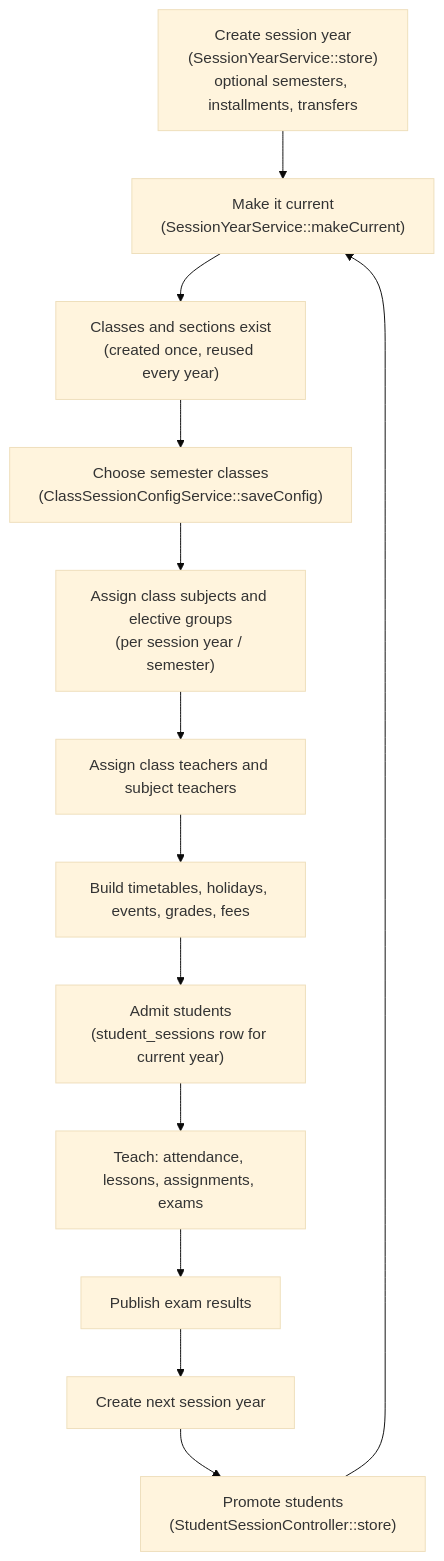
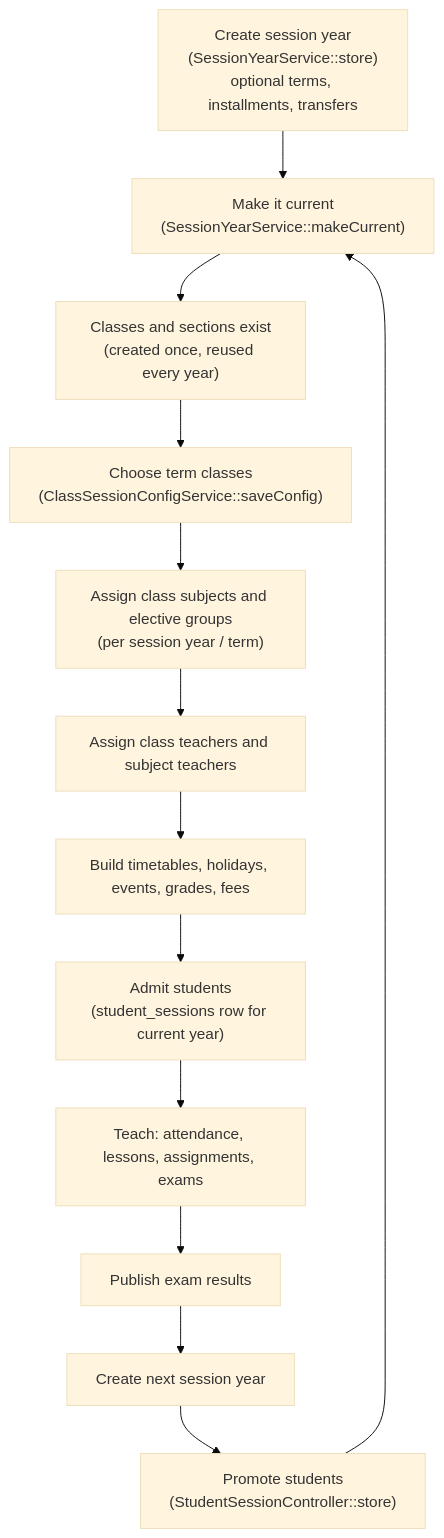
The diagram in wiki/Academic-Structure.md (ShawnDaPrawn/Eschool), drawn with Mermaid (base theme) before and after one commit. The commit also changed other lines of this file and 387 other files, not shown here.

First line of the commit message:
Replace semesters with grade-aware school terms and templates

````diff
--- a/wiki/Academic-Structure.md
+++ b/wiki/Academic-Structure.md
@@ -249,15 +249,15 @@
 ```mermaid
 flowchart TD
-    A["Create session year<br/>(SessionYearService::store)<br/>optional semesters, installments, transfers"] --> B["Make it current<br/>(SessionYearService::makeCurrent)"]
+    A["Create session year<br/>(SessionYearService::store)<br/>optional terms, installments, transfers"] --> B["Make it current<br/>(SessionYearService::makeCurrent)"]
     B --> C["Classes and sections exist<br/>(created once, reused every year)"]
-    C --> D["Choose semester classes<br/>(ClassSessionConfigService::saveConfig)"]
-    D --> E["Assign class subjects and elective groups<br/>(per session year / semester)"]
+    C --> D["Choose term classes<br/>(ClassSessionConfigService::saveConfig)"]
+    D --> E["Assign class subjects and elective groups<br/>(per session year / term)"]
     E --> F["Assign class teachers and subject teachers"]
     F --> G["Build timetables, holidays, events, grades, fees"]
     G --> H["Admit students<br/>(student_sessions row for current year)"]
     H --> I["Teach: attendance, lessons, assignments, exams"]
     I --> J["Publish exam results"]
     J --> K["Create next session year"]
     K --> L["Promote students<br/>(StudentSessionController::store)"]
     L --> B
 ```
````
